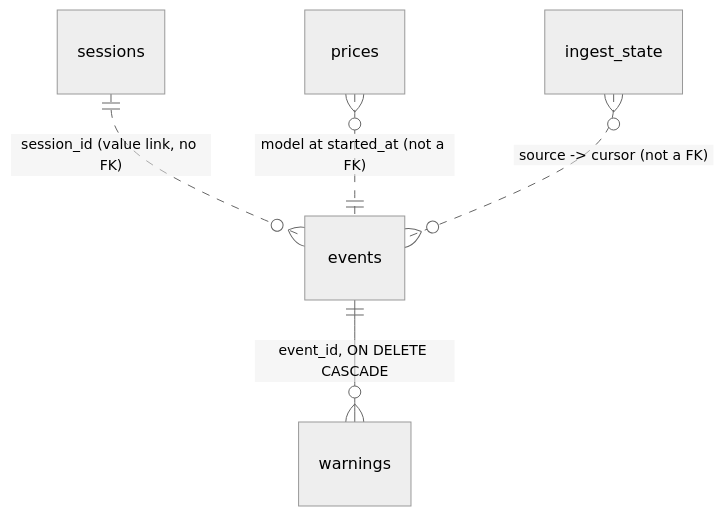
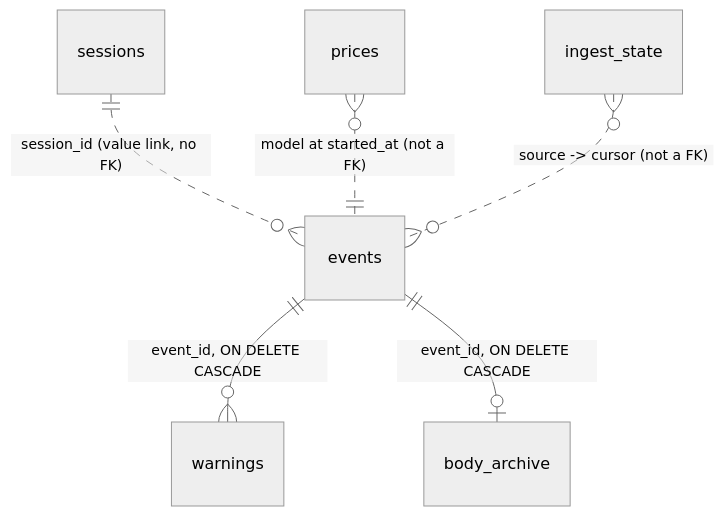
One commit to abhisheksarkar30/claude-lens changed the diagram in docs/context/storage-schema.md. Above: the diagram before and after it, drawn with Mermaid (neutral theme). The commit also changed other lines of this file and 13 other files, not shown here.

````diff
--- a/docs/context/storage-schema.md
+++ b/docs/context/storage-schema.md
@@ -89,7 +90,8 @@
 ```mermaid
 erDiagram
   sessions ||..o{ events : "session_id (value link, no FK)"
   events ||--o{ warnings : "event_id, ON DELETE CASCADE"
+  events ||--o| body_archive : "event_id, ON DELETE CASCADE"
   prices }o..|| events : "model at started_at (not a FK)"
   ingest_state }o..o{ events : "source -> cursor (not a FK)"
 ```
````
